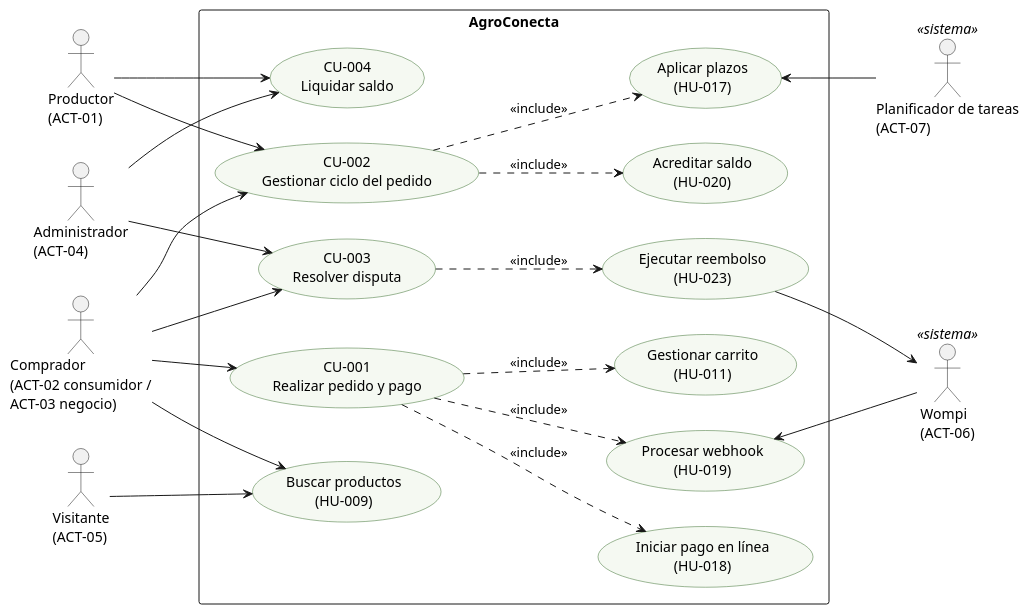
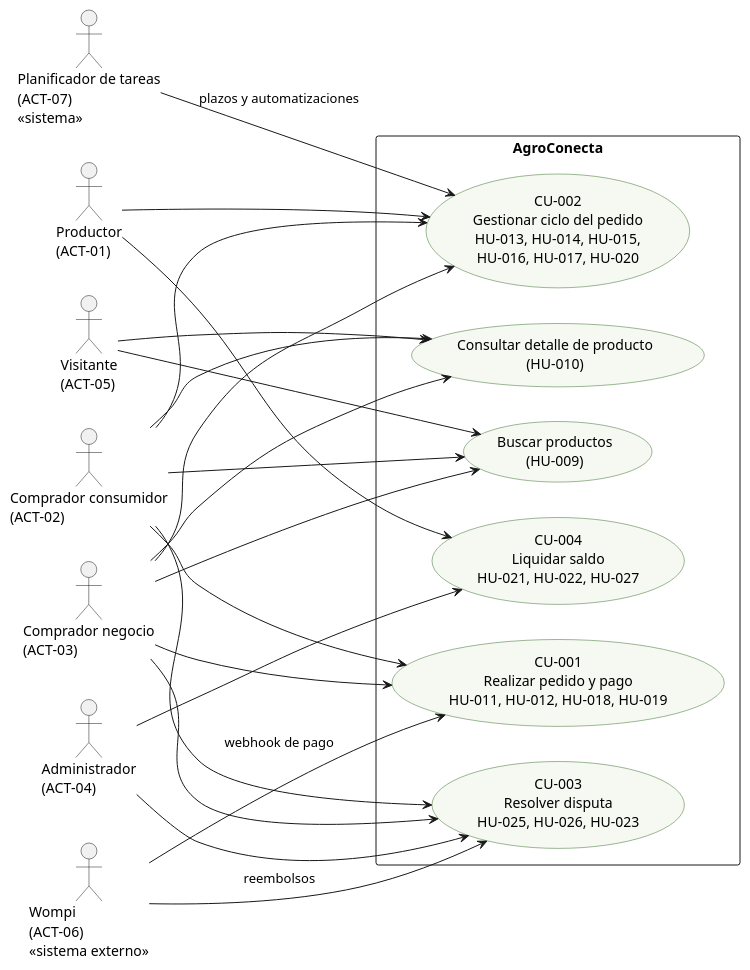
One commit to diegomorelohenao-dot/Ducument_Agroconecta changed the diagram in docs/sena/diagramas/casos_de_uso.puml. Above: the diagram before and after it, drawn with PlantUML. The commit also changed 8 other files, not shown here.

```diff
--- a/docs/sena/diagramas/casos_de_uso.puml
+++ b/docs/sena/diagramas/casos_de_uso.puml
@@ -1,52 +1,50 @@
 @startuml casos_de_uso
 ' Diagrama general de casos de uso de AgroConecta (DIA-CU-01)
+' Vista de contexto: cuatro procesos principales y exploración pública del catálogo.
 left to right direction
 skinparam shadowing false
 skinparam packageStyle rectangle
 skinparam usecase {
   BackgroundColor #F5F9F2
   BorderColor #3B6E2F
 }
 
 actor "Productor\n(ACT-01)" as Productor
-actor "Comprador\n(ACT-02 consumidor /\nACT-03 negocio)" as Comprador
+actor "Comprador consumidor\n(ACT-02)" as Consumidor
+actor "Comprador negocio\n(ACT-03)" as Negocio
 actor "Administrador\n(ACT-04)" as Admin
 actor "Visitante\n(ACT-05)" as Visitante
-actor "Wompi\n(ACT-06)" as Wompi <<sistema>>
-actor "Planificador de tareas\n(ACT-07)" as Planificador <<sistema>>
+actor "Wompi\n(ACT-06)\n<<sistema externo>>" as Wompi
+actor "Planificador de tareas\n(ACT-07)\n<<sistema>>" as Planificador
 
 rectangle "AgroConecta" {
-  usecase "CU-001\nRealizar pedido y pago" as CU1
-  usecase "CU-002\nGestionar ciclo del pedido" as CU2
-  usecase "CU-003\nResolver disputa" as CU3
-  usecase "CU-004\nLiquidar saldo" as CU4
-
-  usecase "Gestionar carrito\n(HU-011)" as H11
-  usecase "Iniciar pago en línea\n(HU-018)" as H18
-  usecase "Procesar webhook\n(HU-019)" as H19
-  usecase "Acreditar saldo\n(HU-020)" as H20
-  usecase "Ejecutar reembolso\n(HU-023)" as H23
-  usecase "Aplicar plazos\n(HU-017)" as H17
+  usecase "CU-001\nRealizar pedido y pago\nHU-011, HU-012, HU-018, HU-019" as CU1
+  usecase "CU-002\nGestionar ciclo del pedido\nHU-013, HU-014, HU-015,\nHU-016, HU-017, HU-020" as CU2
+  usecase "CU-003\nResolver disputa\nHU-025, HU-026, HU-023" as CU3
+  usecase "CU-004\nLiquidar saldo\nHU-021, HU-022, HU-027" as CU4
   usecase "Buscar productos\n(HU-009)" as H09
+  usecase "Consultar detalle de producto\n(HU-010)" as H10
 }
 
-Comprador --> CU1
-Comprador --> CU2
-Comprador --> CU3
+Consumidor --> CU1
+Negocio --> CU1
 Productor --> CU2
+Consumidor --> CU2
+Negocio --> CU2
+Consumidor --> CU3
+Negocio --> CU3
+Admin --> CU3
 Productor --> CU4
-Admin --> CU3
 Admin --> CU4
+
 Visitante --> H09
-Comprador --> H09
+Visitante --> H10
+Consumidor --> H09
+Consumidor --> H10
+Negocio --> H09
+Negocio --> H10
 
-CU1 ..> H11 : <<include>>
-CU1 ..> H18 : <<include>>
-H19 <-- Wompi
-CU1 ..> H19 : <<include>>
-CU2 ..> H20 : <<include>>
-CU2 ..> H17 : <<include>>
-H17 <-- Planificador
-CU3 ..> H23 : <<include>>
-H23 --> Wompi
+Wompi --> CU1 : webhook de pago
+Wompi --> CU3 : reembolsos
+Planificador --> CU2 : plazos y automatizaciones
 @enduml
```
